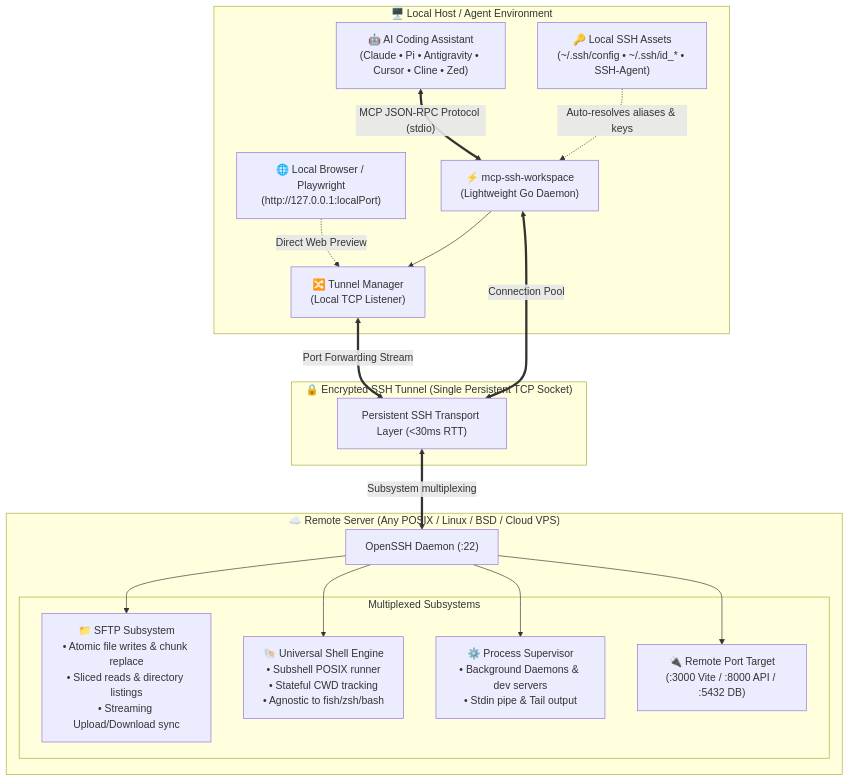
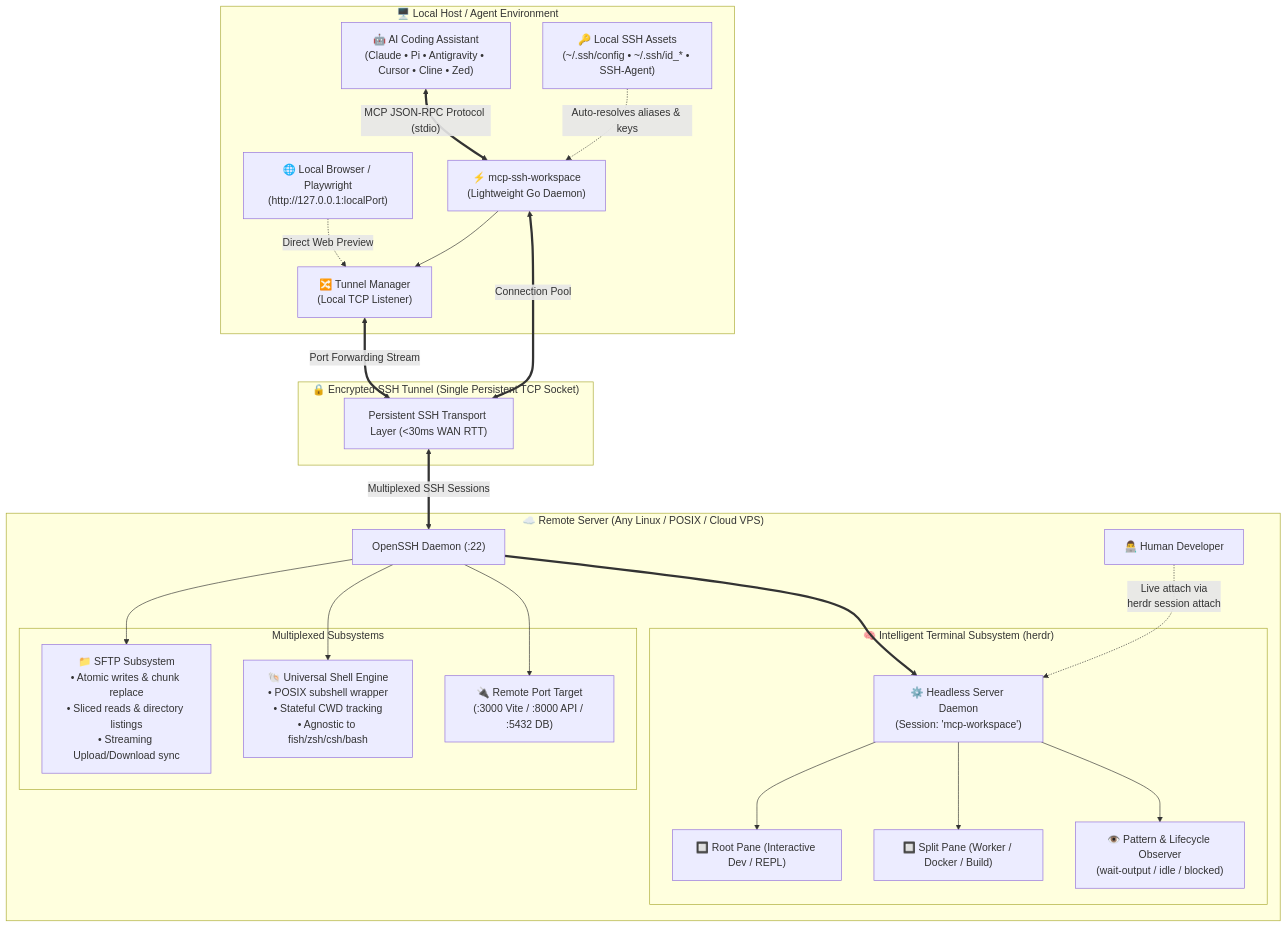
One commit to surtr85/herdlink changed the diagram in README.md. Above: the diagram before and after it, drawn with Mermaid. The commit also changed other lines of this file and 1 other file, not shown here.

Commit message:
docs: update README with Herdr terminal engine benchmarks, architecture, and 23 primitives

````diff
--- a/README.md
+++ b/README.md
@@ -126,38 +119,50 @@
 ```mermaid
 flowchart TD
     subgraph ClientLayer["🖥️ Local Host / Agent Environment"]
         Agent["🤖 AI Coding Assistant<br/>(Claude • Pi • Antigravity • Cursor • Cline • Zed)"]
         Browser["🌐 Local Browser / Playwright<br/>(http://127.0.0.1:localPort)"]
         Config["🔑 Local SSH Assets<br/>(~/.ssh/config • ~/.ssh/id_* • SSH-Agent)"]
         Server["⚡ mcp-ssh-workspace<br/>(Lightweight Go Daemon)"]
         TunnelMgr["🔀 Tunnel Manager<br/>(Local TCP Listener)"]
 
         Agent <== "MCP JSON-RPC Protocol (stdio)" ==> Server
         Config -. "Auto-resolves aliases & keys" .-> Server
         Browser -. "Direct Web Preview" .-> TunnelMgr
         Server --> TunnelMgr
     end
 
     subgraph Multiplex["🔒 Encrypted SSH Tunnel (Single Persistent TCP Socket)"]
-        Tunnel["Persistent SSH Transport Layer (<30ms RTT)"]
+        Tunnel["Persistent SSH Transport Layer (<30ms WAN RTT)"]
     end
 
-    subgraph RemoteLayer["☁️ Remote Server (Any POSIX / Linux / BSD / Cloud VPS)"]
+    subgraph RemoteLayer["☁️ Remote Server (Any Linux / POSIX / Cloud VPS)"]
         SSHD["OpenSSH Daemon (:22)"]
         
         subgraph Channels["Multiplexed Subsystems"]
-            SFTP["📁 SFTP Subsystem<br/>• Atomic file writes & chunk replace<br/>• Sliced reads & directory listings<br/>• Streaming Upload/Download sync"]
-            Exec["🐚 Universal Shell Engine<br/>• Subshell POSIX runner<br/>• Stateful CWD tracking<br/>• Agnostic to fish/zsh/bash"]
-            Supervisor["⚙️ Process Supervisor<br/>• Background Daemons & dev servers<br/>• Stdin pipe & Tail output"]
+            SFTP["📁 SFTP Subsystem<br/>• Atomic writes & chunk replace<br/>• Sliced reads & directory listings<br/>• Streaming Upload/Download sync"]
+            Shell["🐚 Universal Shell Engine<br/>• POSIX subshell wrapper<br/>• Stateful CWD tracking<br/>• Agnostic to fish/zsh/csh/bash"]
             PortForward["🔌 Remote Port Target<br/>(:3000 Vite / :8000 API / :5432 DB)"]
         end
+
+        subgraph HerdrEngine["🧠 Intelligent Terminal Subsystem (herdr)"]
+            HerdrDaemon["⚙️ Headless Server Daemon<br/>(Session: 'mcp-workspace')"]
+            Pane1["🔲 Root Pane (Interactive Dev / REPL)"]
+            Pane2["🔲 Split Pane (Worker / Docker / Build)"]
+            Watcher["👁️ Pattern & Lifecycle Observer<br/>(wait-output / idle / blocked)"]
+
+            HerdrDaemon --> Pane1
+            HerdrDaemon --> Pane2
+            HerdrDaemon --> Watcher
+        end
+
+        Human["👨‍💻 Human Developer"] -. "Live attach via<br/>herdr session attach" .-> HerdrDaemon
     end
 
     Server <== "Connection Pool" ==> Tunnel
     TunnelMgr <== "Port Forwarding Stream" ==> Tunnel
-    Tunnel <== "Subsystem multiplexing" ==> SSHD
+    Tunnel <== "Multiplexed SSH Sessions" ==> SSHD
     SSHD --> SFTP
-    SSHD --> Exec
-    SSHD --> Supervisor
+    SSHD --> Shell
     SSHD --> PortForward
+    SSHD ==> HerdrDaemon
 ```
````
